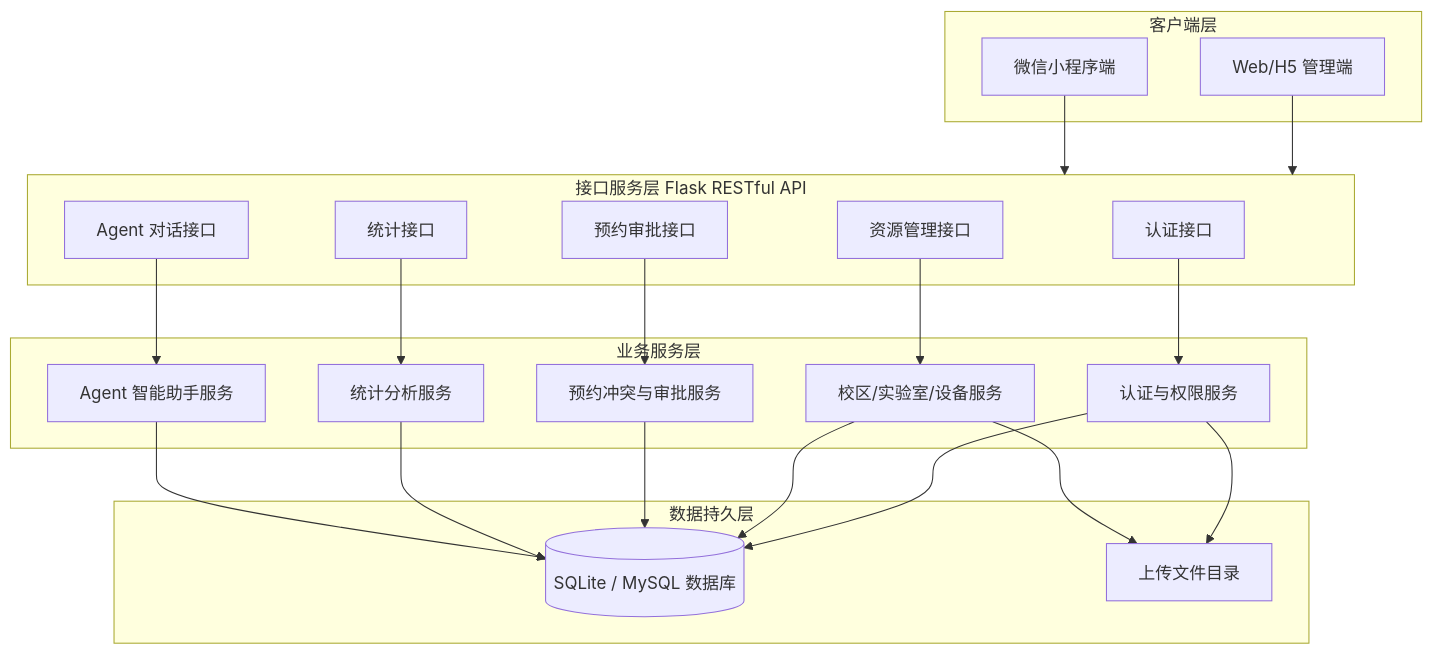
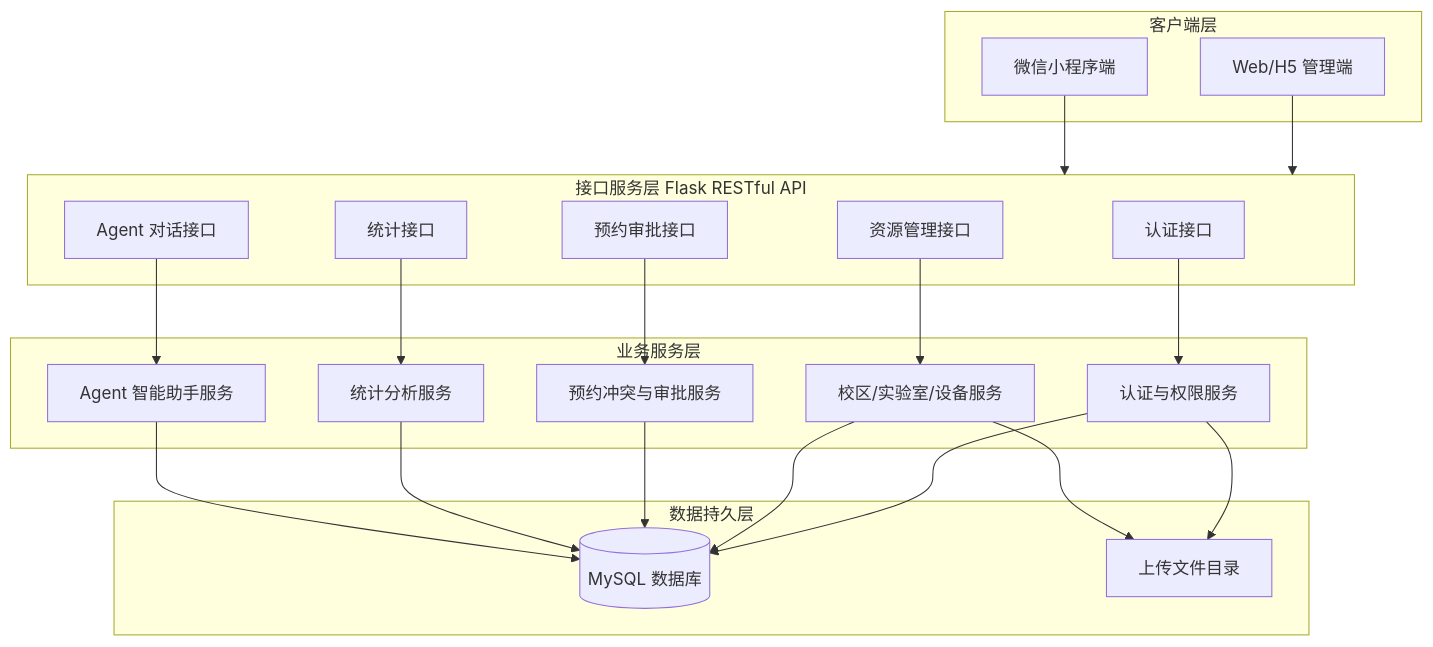
One commit to xzhengdev/LaboratoryManagementSystem changed the third of 13 diagrams in 论文初稿.md. Above: the diagram before and after it, drawn with Mermaid. The commit also changed other lines of this file, not shown here.

````diff
--- a/论文初稿.md
+++ b/论文初稿.md
@@ -353,43 +352,43 @@
 ```mermaid
 flowchart TB
     subgraph Client["客户端层"]
         Web["Web/H5 管理端"]
         Mini["微信小程序端"]
     end
 
     subgraph API["接口服务层 Flask RESTful API"]
         AuthAPI["认证接口"]
         ResourceAPI["资源管理接口"]
         ReservationAPI["预约审批接口"]
         StatisticsAPI["统计接口"]
         AgentAPI["Agent 对话接口"]
     end
 
     subgraph Service["业务服务层"]
         AuthService["认证与权限服务"]
         ResourceService["校区/实验室/设备服务"]
         ReservationService["预约冲突与审批服务"]
         StatisticsService["统计分析服务"]
         AgentService["Agent 智能助手服务"]
     end
 
     subgraph Data["数据持久层"]
-        DB[("SQLite / MySQL 数据库")]
+        DB[("MySQL 数据库")]
         Uploads["上传文件目录"]
     end
 
     Web --> API
     Mini --> API
     AuthAPI --> AuthService
     ResourceAPI --> ResourceService
     ReservationAPI --> ReservationService
     StatisticsAPI --> StatisticsService
     AgentAPI --> AgentService
     AuthService --> DB
     ResourceService --> DB
     ReservationService --> DB
     StatisticsService --> DB
     AgentService --> DB
     AuthService --> Uploads
     ResourceService --> Uploads
 ```
````
